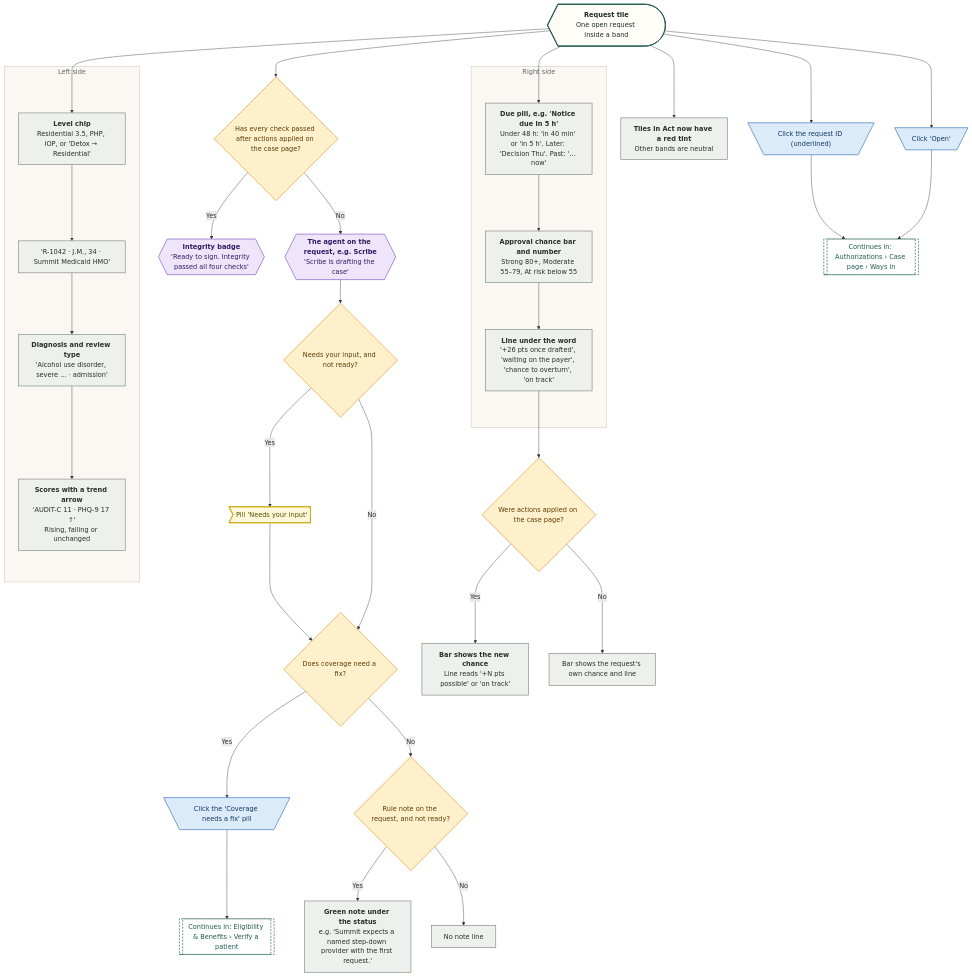
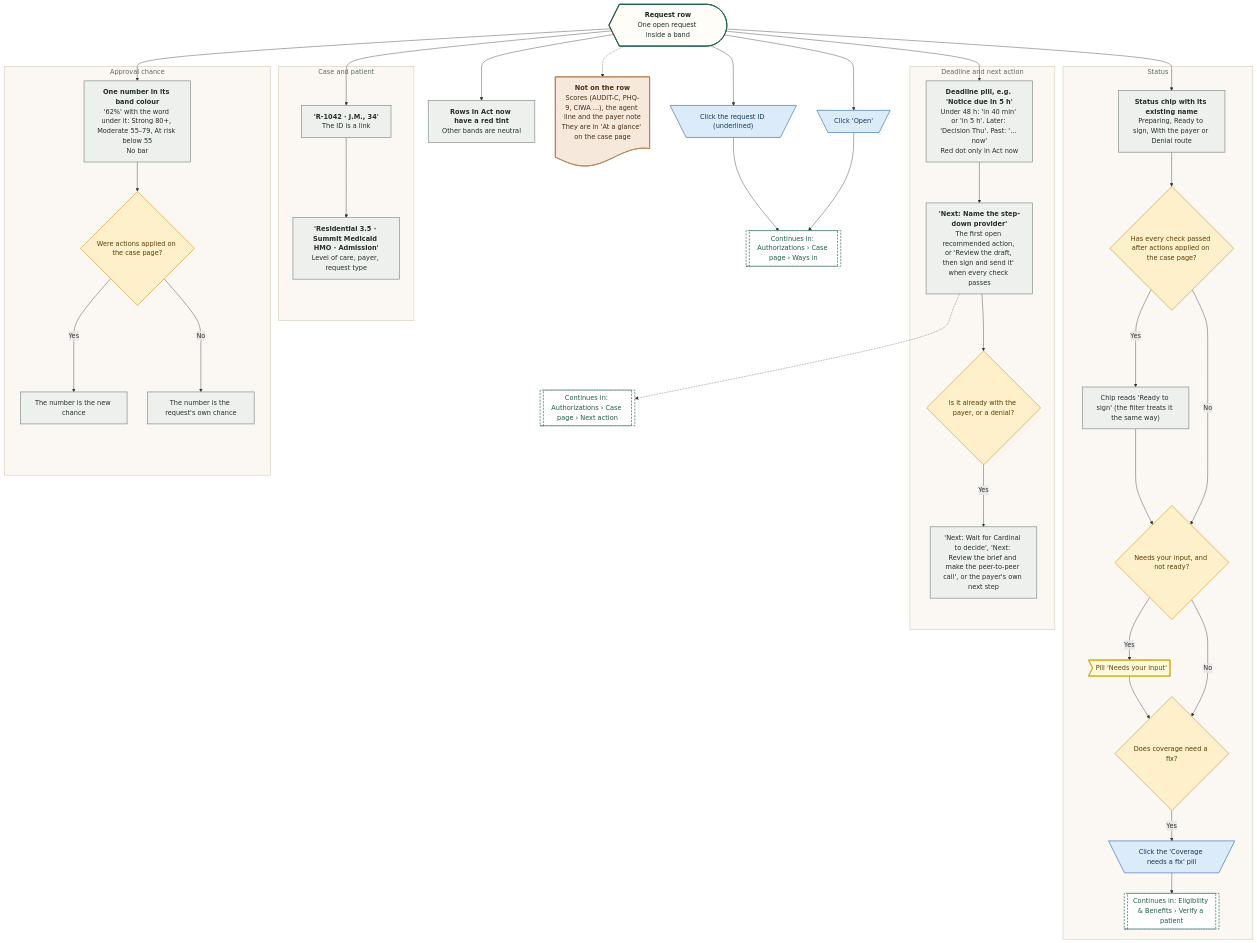
One commit to Shrav143/psyfloapp changed the third of 30 diagrams in demos/prior-auth-demo/workflows/out/md/03-authorizations.md. Above: the diagram before and after it, drawn with Mermaid. The commit also changed other lines of this file and 192 other files, not shown here.

First line of the commit message:
docs: changelog by sidebar tab; README, diagrams and Settings layout aligned with the refinement; shared InfoTip; referral cost-share line

````diff
--- a/demos/prior-auth-demo/workflows/out/md/03-authorizations.md
+++ b/demos/prior-auth-demo/workflows/out/md/03-authorizations.md
@@ -178,76 +188,81 @@
 ```mermaid
 %%{init: {"theme":"base","themeVariables":{"fontFamily":"'DM Sans', 'Segoe UI', system-ui, sans-serif","fontSize":"15px","lineColor":"#5B6B63","primaryTextColor":"#1C2B25","clusterBkg":"#FBF8F3","clusterBorder":"#D9CDBB","edgeLabelBackground":"#FFFFFF"},"flowchart":{"curve":"basis","nodeSpacing":36,"rankSpacing":48,"padding":12,"htmlLabels":true,"useMaxWidth":false,"wrappingWidth":230}} }%%
 flowchart TD
   classDef k_start fill:#1F5C4B,stroke:#174638,color:#FFFFFF,stroke-width:1.5px,font-weight:600
   classDef k_end fill:#DDEFE3,stroke:#2E7D4F,color:#14502F,stroke-width:1.5px,font-weight:600
   classDef k_endx fill:#FBE3E0,stroke:#C0392B,color:#7A1F16,stroke-width:1.5px,font-weight:600
   classDef k_screen fill:#FFFDF8,stroke:#1F5C4B,color:#1C2B25,stroke-width:2px
   classDef k_overlay fill:#F1F7F3,stroke:#1F5C4B,color:#1C2B25,stroke-width:2px,stroke-dasharray:5 3
   classDef k_click fill:#DCEBFA,stroke:#2F6DB5,color:#12365F,stroke-width:1.5px
   classDef k_input fill:#E4E7FF,stroke:#4C5FD5,color:#1D2670,stroke-width:1.5px
   classDef k_process fill:#EEF0EE,stroke:#7A857F,color:#26302B,stroke-width:1.5px
   classDef k_agent fill:#EEE5FA,stroke:#7A4FC2,color:#341A63,stroke-width:1.5px
   classDef k_decision fill:#FFF0CC,stroke:#D9962B,color:#5C3B00,stroke-width:1.5px
   classDef k_store fill:#D5F0EA,stroke:#1C8E7B,color:#0B4A3F,stroke-width:1.5px
   classDef k_doc fill:#F6E9DC,stroke:#B07A4C,color:#4A2E14,stroke-width:1.5px
   classDef k_ext fill:#FFE6D2,stroke:#E07B39,color:#6B2F06,stroke-width:1.5px
   classDef k_wait fill:#E4E8EE,stroke:#6B7C93,color:#26303D,stroke-width:1.5px
   classDef k_toast fill:#FFF9DB,stroke:#C9A400,color:#5A4A00,stroke-width:1.5px
   classDef k_goto fill:#FFFFFF,stroke:#1F5C4B,color:#1F5C4B,stroke-width:1.5px,stroke-dasharray:5 3
-  t@{ shape: curv-trap, label: "<b>Request tile</b><br/>One open request inside a band" }
-  subgraph gL ["Left side"]
-  lv@{ shape: rect, label: "<b>Level chip</b><br/>Residential 3.5, PHP, IOP, or 'Detox → Residential'" }
-  id@{ shape: rect, label: "'R-1042 · J.M., 34 · Summit Medicaid HMO'" }
-  dx@{ shape: rect, label: "<b>Diagnosis and review type</b><br/>'Alcohol use disorder, severe ... · admission'" }
-  sc@{ shape: rect, label: "<b>Scores with a trend arrow</b><br/>'AUDIT-C 11 · PHQ-9 17 ↑'<br/>Rising, falling or unchanged" }
+  t@{ shape: curv-trap, label: "<b>Request row</b><br/>One open request inside a band" }
+  subgraph gL ["Case and patient"]
+  id@{ shape: rect, label: "<b>'R-1042 · J.M., 34'</b><br/>The ID is a link" }
+  pr@{ shape: rect, label: "<b>'Residential 3.5 · Summit Medicaid HMO · Admission'</b><br/>Level of care, payer, request type" }
   end
+  subgraph gS ["Status"]
+  st@{ shape: rect, label: "<b>Status chip with its existing name</b><br/>Preparing, Ready to sign, With the payer or Denial route" }
   dR@{ shape: diam, label: "Has every check passed after actions applied on the case page?" }
-  ag1@{ shape: hex, label: "<b>Integrity badge</b><br/>'Ready to sign. Integrity passed all four checks'" }
-  ag2@{ shape: hex, label: "<b>The agent on the request, e.g. Scribe</b><br/>'Scribe is drafting the case'" }
+  st2@{ shape: rect, label: "Chip reads 'Ready to sign' (the filter treats it the same way)" }
   dN@{ shape: diam, label: "Needs your input, and not ready?" }
   pn@{ shape: odd, label: "Pill 'Needs your input'" }
   dC@{ shape: diam, label: "Does coverage need a fix?" }
   cl@{ shape: trap-t, label: "Click the 'Coverage needs a fix' pill" }
   gE@{ shape: subproc, label: "Continues in: Eligibility & Benefits › Verify a patient" }
-  dRule@{ shape: diam, label: "Rule note on the request, and not ready?" }
-  rule@{ shape: rect, label: "<b>Green note under the status</b><br/>e.g. 'Summit expects a named step-down provider with the first request.'" }
-  subgraph gR ["Right side"]
-  due@{ shape: rect, label: "<b>Due pill, e.g. 'Notice due in 5 h'</b><br/>Under 48 h: 'in 40 min' or 'in 5 h'. Later: 'Decision Thu'. Past: '... now'" }
-  ch@{ shape: rect, label: "<b>Approval chance bar and number</b><br/>Strong 80+, Moderate 55–79, At risk below 55" }
-  lift@{ shape: rect, label: "<b>Line under the word</b><br/>'+26 pts once drafted', 'waiting on the payer', 'chance to overturn', 'on track'" }
   end
+  subgraph gD ["Deadline and next action"]
+  due@{ shape: rect, label: "<b>Deadline pill, e.g. 'Notice due in 5 h'</b><br/>Under 48 h: 'in 40 min' or 'in 5 h'. Later: 'Decision Thu'. Past: '... now'<br/>Red dot only in Act now" }
+  nx@{ shape: rect, label: "<b>'Next: Name the step-down provider'</b><br/>The first open recommended action, or 'Review the draft, then sign and send it' when every check passes" }
+  dK@{ shape: diam, label: "Is it already with the payer, or a denial?" }
+  nx2@{ shape: rect, label: "'Next: Wait for Cardinal to decide', 'Next: Review the brief and make the peer-to-peer call', or the payer's own next step" }
+  end
+  subgraph gC ["Approval chance"]
+  ch@{ shape: rect, label: "<b>One number in its band colour</b><br/>'62%' with the word under it: Strong 80+, Moderate 55–79, At risk below 55<br/>No bar" }
   dA@{ shape: diam, label: "Were actions applied on the case page?" }
-  ch2@{ shape: rect, label: "<b>Bar shows the new chance</b><br/>Line reads '+N pts possible' or 'on track'" }
-  ch3@{ shape: rect, label: "Bar shows the request's own chance and line" }
-  nr@{ shape: rect, label: "No note line" }
-  tint@{ shape: rect, label: "<b>Tiles in Act now have a red tint</b><br/>Other bands are neutral" }
+  ch2@{ shape: rect, label: "The number is the new chance" }
+  ch3@{ shape: rect, label: "The number is the request's own chance" }
+  end
+  tint@{ shape: rect, label: "<b>Rows in Act now have a red tint</b><br/>Other bands are neutral" }
+  off@{ shape: doc, label: "<b>Not on the row</b><br/>Scores (AUDIT-C, PHQ-9, CIWA ...), the agent line and the payer note<br/>They are in 'At a glance' on the case page" }
   idl@{ shape: trap-t, label: "Click the request ID (underlined)" }
   ob@{ shape: trap-t, label: "Click 'Open'" }
-  gC@{ shape: subproc, label: "Continues in: Authorizations › Case page › Ways in" }
-  t --> lv --> id --> dx --> sc
-  t --> dR
-  dR -->|"Yes"| ag1
-  dR -->|"No"| ag2 --> dN
-  dN -->|"Yes"| pn
+  gC2@{ shape: subproc, label: "Continues in: Authorizations › Case page › Ways in" }
+  gX@{ shape: subproc, label: "Continues in: Authorizations › Case page › Next action" }
+  t --> id --> pr
+  t --> st --> dR
+  dR -->|"Yes"| st2 --> dN
+  dR -->|"No"| dN
+  dN -->|"Yes"| pn --> dC
   dN -->|"No"| dC
-  pn --> dC
   dC -->|"Yes"| cl --> gE
-  dC -->|"No"| dRule
-  dRule -->|"Yes"| rule
-  dRule -->|"No"| nr
-  t --> due --> ch --> lift --> dA
+  t --> due --> nx --> dK
+  dK -->|"Yes"| nx2
+  nx -.-> gX
+  t --> ch --> dA
   dA -->|"Yes"| ch2
   dA -->|"No"| ch3
   t --> tint
-  t --> idl --> gC
-  t --> ob --> gC
+  t -.-> off
+  t --> idl --> gC2
+  t --> ob --> gC2
   class t k_screen
-  class lv,id,dx,sc,rule,due,ch,lift,ch2,ch3,nr,tint k_process
-  class dR,dN,dC,dRule,dA k_decision
-  class ag1,ag2 k_agent
+  class id,pr,st,st2,due,nx,nx2,ch,ch2,ch3,tint k_process
+  class dR,dN,dC,dK,dA k_decision
   class pn k_toast
   class cl,idl,ob k_click
-  class gE,gC k_goto
+  class gE,gC2,gX k_goto
+  class off k_doc
   style gL fill:#FBF8F3,stroke:#D9CDBB,stroke-width:1.5px,color:#5B6B63
-  style gR fill:#FBF8F3,stroke:#D9CDBB,stroke-width:1.5px,color:#5B6B63
+  style gS fill:#FBF8F3,stroke:#D9CDBB,stroke-width:1.5px,color:#5B6B63
+  style gD fill:#FBF8F3,stroke:#D9CDBB,stroke-width:1.5px,color:#5B6B63
+  style gC fill:#FBF8F3,stroke:#D9CDBB,stroke-width:1.5px,color:#5B6B63
 ```
````
